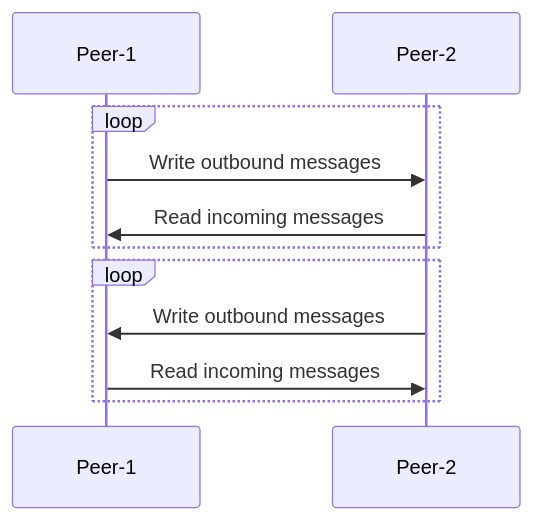
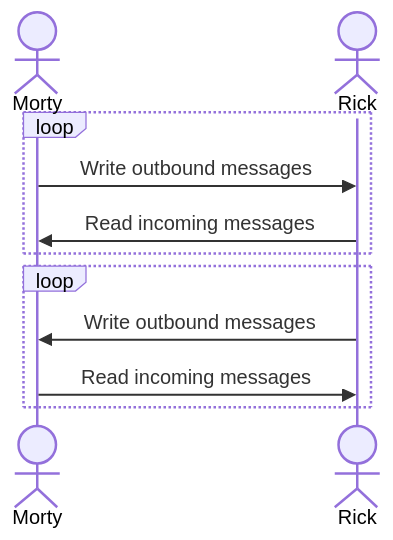
One commit to flare-foundation/go-flare changed the first of 6 diagrams in avalanchego/network/README.md. Above: the diagram before and after it, drawn with Mermaid. The commit also changed other lines of this file and 1932 other files, not shown here.

````diff
--- a/avalanchego/network/README.md
+++ b/avalanchego/network/README.md
@@ -28,11 +35,13 @@
 ```mermaid
 sequenceDiagram
+    actor Morty
+    actor Rick
     loop 
-        Peer-1->>Peer-2: Write outbound messages
-        Peer-2->>Peer-1: Read incoming messages
+        Morty->>Rick: Write outbound messages
+        Rick->>Morty: Read incoming messages
     end
     loop
-        Peer-2->>Peer-1: Write outbound messages
-        Peer-1->>Peer-2: Read incoming messages
+        Rick->>Morty: Write outbound messages
+        Morty->>Rick: Read incoming messages
     end
 ```
````
